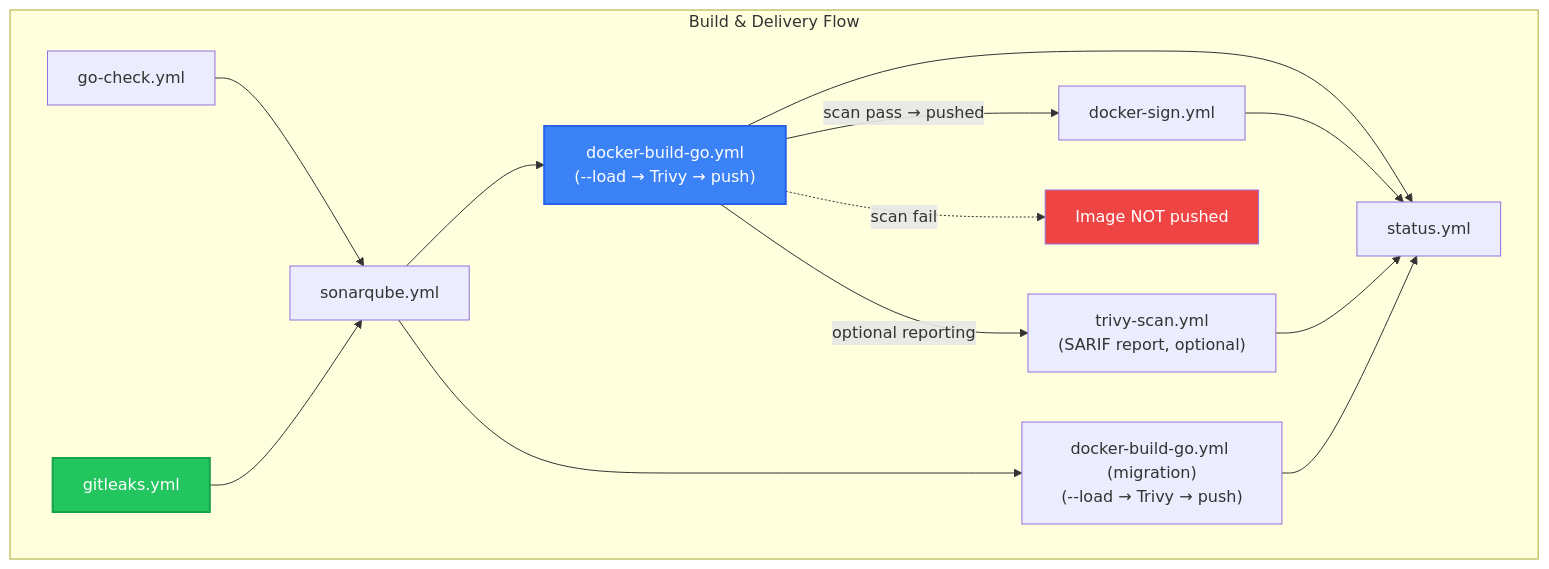
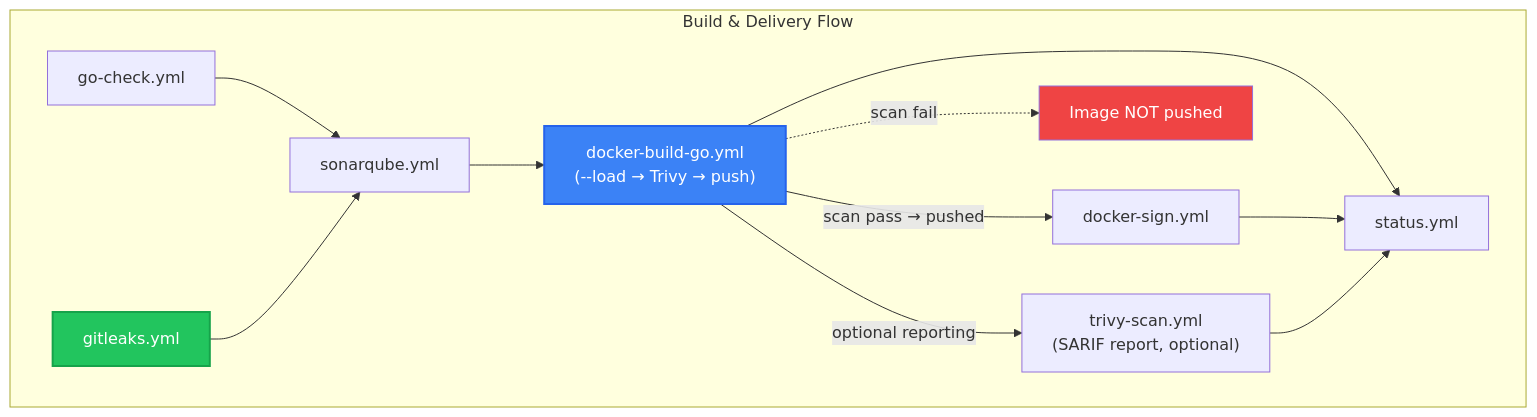
The sixth of 12 diagrams in docs/platform/cicd.md (duynhlab/homelab), drawn with Mermaid before and after one commit. The commit also changed other lines of this file and 6 other files, not shown here.

````diff
--- a/docs/platform/cicd.md
+++ b/docs/platform/cicd.md
@@ -196,34 +193,30 @@
 ```mermaid
 flowchart TD
     subgraph build_flow ["Build & Delivery Flow"]
         GOCHECK2["go-check.yml"]
         GITLEAKS2["gitleaks.yml"]
         SONAR2["sonarqube.yml"]
 
         BUILD["docker-build-go.yml<br/>(--load → Trivy → push)"]
         SIGN["docker-sign.yml"]
 
-        DBINIT["docker-build-go.yml (migration)<br/>(--load → Trivy → push)"]
-
         TRIVY_RPT["trivy-scan.yml<br/>(SARIF report, optional)"]
 
         NOTIFY2["status.yml"]
 
         GOCHECK2 --> SONAR2
         GITLEAKS2 --> SONAR2
         SONAR2 --> BUILD
-        SONAR2 --> DBINIT
         BUILD -->|"scan pass → pushed"| SIGN
         BUILD -.->|"scan fail"| BUILD_FAIL["Image NOT pushed"]
         BUILD -->|"optional reporting"| TRIVY_RPT
 
         BUILD --> NOTIFY2
         SIGN --> NOTIFY2
         TRIVY_RPT --> NOTIFY2
-        DBINIT --> NOTIFY2
     end
     
     style GITLEAKS2 fill:#22c55e,color:#fff,stroke:#16a34a,stroke-width:2px
     style BUILD fill:#3b82f6,color:#fff,stroke:#2563eb,stroke-width:2px
     style BUILD_FAIL fill:#ef4444,color:#fff
 ```
````
